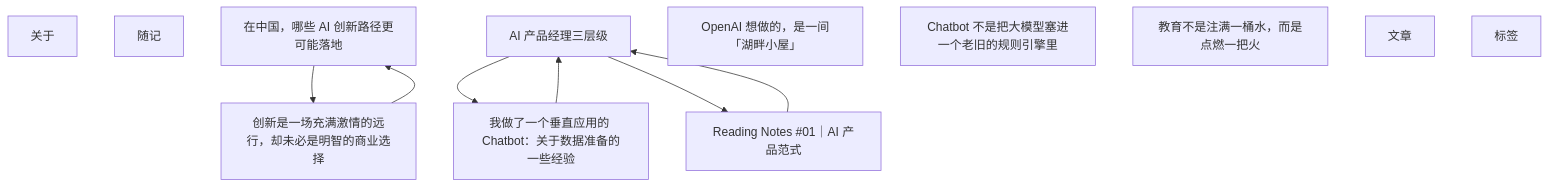
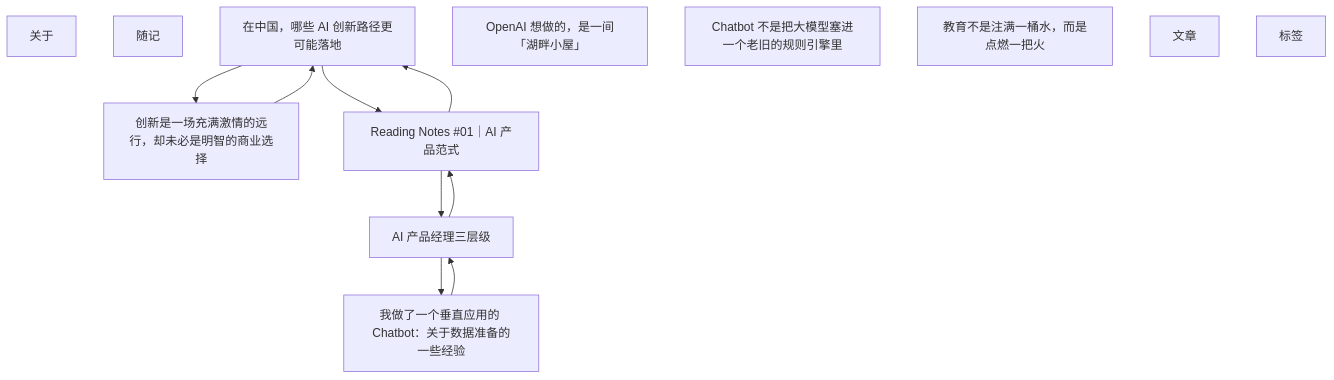
The diagram in tools/site-graph/out/graph.mmd (Zhao-Huazhou/Zhao-Huazhou.github.io), drawn with Mermaid before and after one commit. The commit also changed 2 other files, not shown here.

```diff
--- a/tools/site-graph/out/graph.mmd
+++ b/tools/site-graph/out/graph.mmd
@@ -1,20 +1,22 @@
 graph TD
   N78e943079d["关于"]
   Na0a31ebd9a["随记"]
   Ne000fcda21["在中国，哪些 AI 创新路径更可能落地"]
   N868785f5d6["AI 产品经理三层级"]
   Nf315e5e460[" OpenAI 想做的，是一间「湖畔小屋」"]
   N509e8a98c6["Chatbot 不是把大模型塞进一个老旧的规则引擎里"]
   N4e55722e29["教育不是注满一桶水，而是点燃一把火"]
   N81228a8674["文章"]
   Nce81f5d37d["我做了一个垂直应用的 Chatbot：关于数据准备的一些经验"]
   N6f056b8004["创新是一场充满激情的远行，却未必是明智的商业选择"]
   N10154a9e49["Reading Notes #01｜AI 产品范式"]
   N0ecf656713["标签"]
 
   Ne000fcda21 --> N6f056b8004
+  Ne000fcda21 --> N10154a9e49
   N868785f5d6 --> Nce81f5d37d
   N868785f5d6 --> N10154a9e49
   Nce81f5d37d --> N868785f5d6
   N6f056b8004 --> Ne000fcda21
+  N10154a9e49 --> Ne000fcda21
   N10154a9e49 --> N868785f5d6
```
